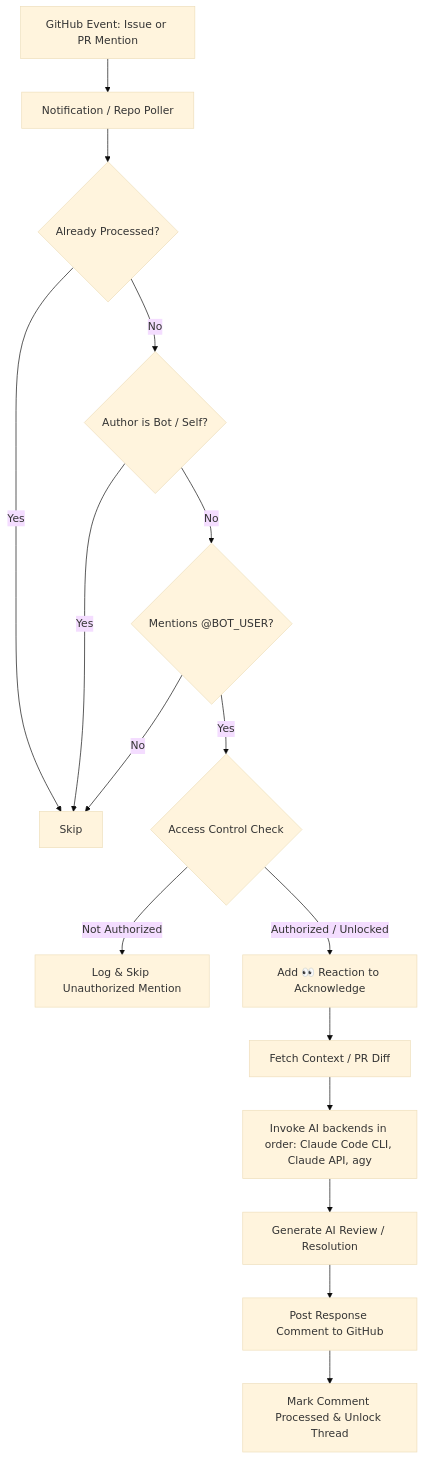
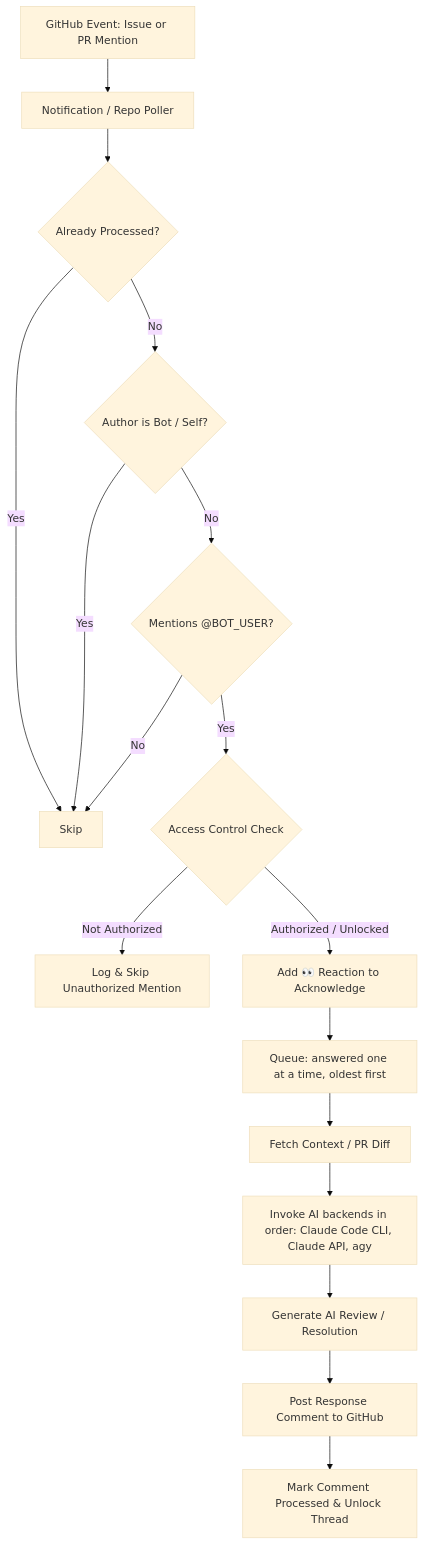
One commit to omswami2004/github-review-agent changed the diagram in README.md. Above: the diagram before and after it, drawn with Mermaid (base theme). The commit also changed other lines of this file and 4 other files, not shown here.

````diff
--- a/README.md
+++ b/README.md
@@ -11,18 +11,19 @@
 ```mermaid
 flowchart TD
     A[GitHub Event: Issue or PR Mention] --> B[Notification / Repo Poller]
     B --> C{Already Processed?}
     C -- Yes --> D[Skip]
     C -- No --> E{Author is Bot / Self?}
     E -- Yes --> D
     E -- No --> F{Mentions @BOT_USER?}
     F -- No --> D
     F -- Yes --> G{Access Control Check}
     G -- Not Authorized --> H[Log & Skip Unauthorized Mention]
     G -- Authorized / Unlocked --> I[Add 👀 Reaction to Acknowledge]
-    I --> J[Fetch Context / PR Diff]
+    I --> Q[Queue: answered one at a time, oldest first]
+    Q --> J[Fetch Context / PR Diff]
     J --> K[Invoke AI backends in order: Claude Code CLI, Claude API, agy]
     K --> L[Generate AI Review / Resolution]
     L --> M[Post Response Comment to GitHub]
     M --> N[Mark Comment Processed & Unlock Thread]
 ```
````
